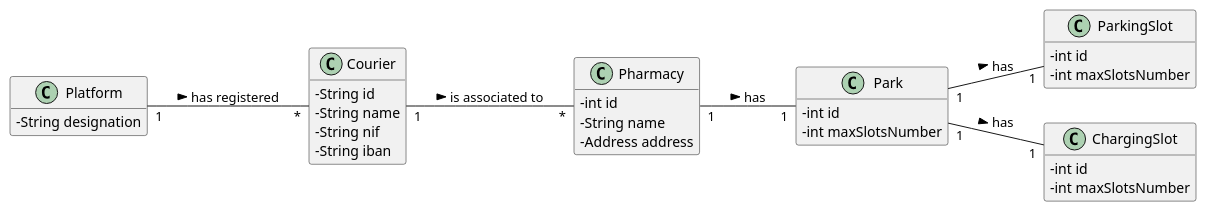
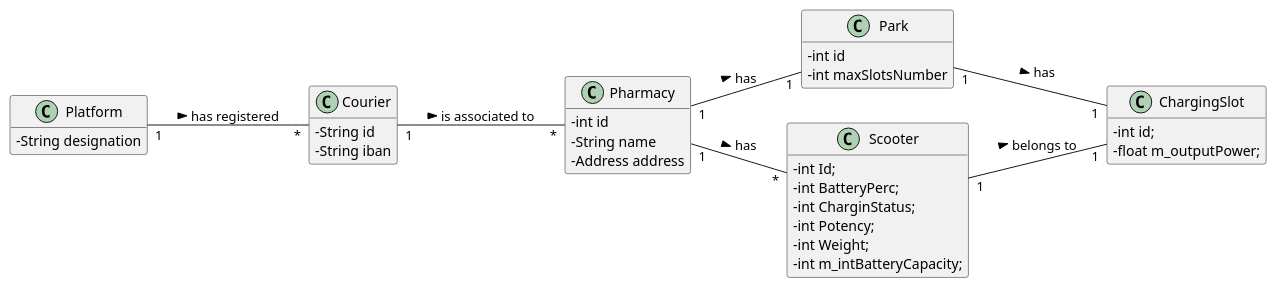
One commit to tiagoavcosta25/LAPR3 changed the diagram in docs/Iteration 1/Delivery Management/US77_AvailableChargingSlot/US77_DM.puml. Above: the diagram before and after it, drawn with PlantUML. The commit also changed 2 other files, not shown here.

Commit message:
LAPR2AP2-77 #close AvailableChargingSlot [Analysis] LAPR2AP2-77 #close AvailableChargingSlot [Design] LAPR2AP2-77 #developing AvailableChargingSlot [Implementation]

```diff
--- a/docs/Iteration 1/Delivery Management/US77_AvailableChargingSlot/US77_DM.puml
+++ b/docs/Iteration 1/Delivery Management/US77_AvailableChargingSlot/US77_DM.puml
@@ -1,43 +1,46 @@
 @startuml
 skinparam classAttributeIconSize 0
 hide methods
 left to right direction
 
 class Platform {
 -   String designation
 }
 
 class Pharmacy{
 -int id
 -String name
 -Address address
 }
 
 class Park{
 -int id
 -int maxSlotsNumber
 }
 
-class ParkingSlot{
--int id
--int maxSlotsNumber
-}
-
 class ChargingSlot{
--int id
--int maxSlotsNumber
+-int id;
+-float m_outputPower;
 }
 
 class Courier {
       -String id
-      -String name
-      -String nif
       -String iban
+}
+
+class Scooter {
+-int Id;
+-int BatteryPerc;
+-int CharginStatus;
+-int Potency;
+-int Weight;
+-int m_intBatteryCapacity;
 }
 
 Platform "1" -- "*" Courier : has registered >
 Courier "1" -- "*" Pharmacy : is associated to >
 Pharmacy "1" -- "1" Park : has >
-Park "1" -- "1" ParkingSlot : has >
+Pharmacy "1" -- "*" Scooter : has >
 Park "1" -- "1" ChargingSlot : has >
+Scooter "1" -- "1" ChargingSlot : belongs to >
 @enduml
```
